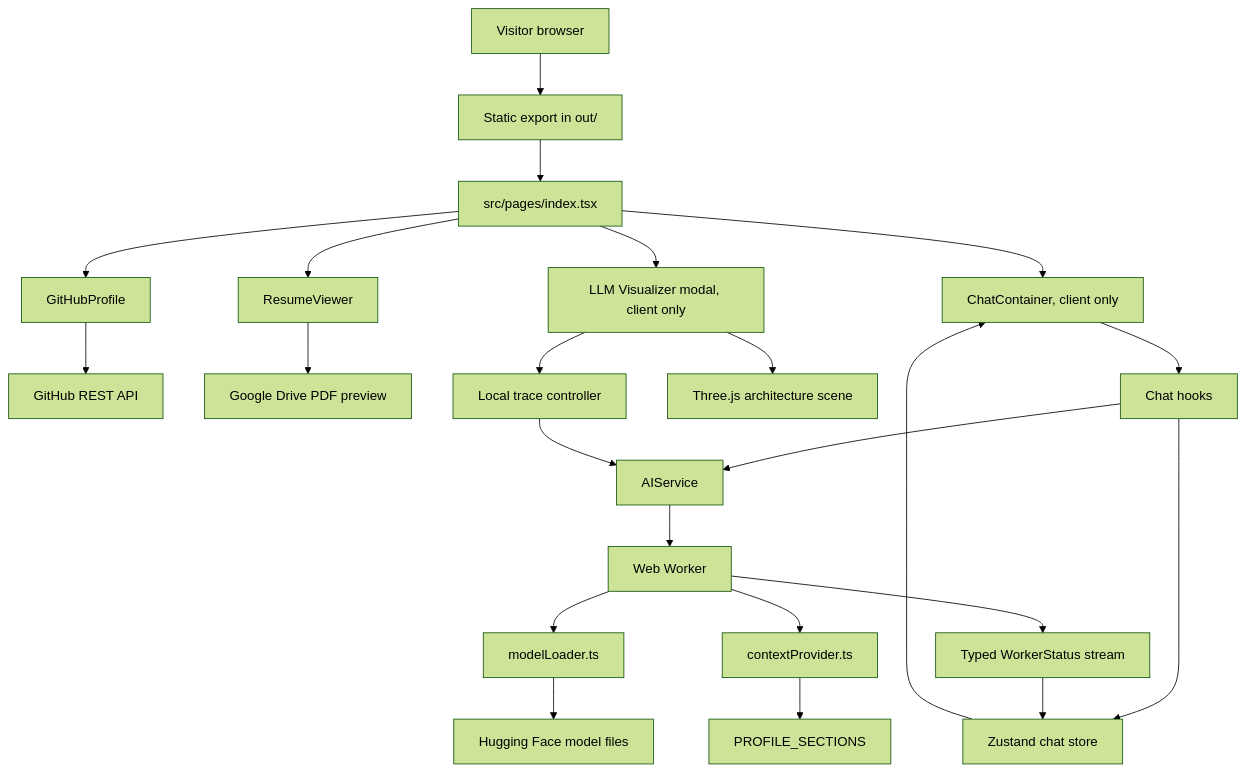
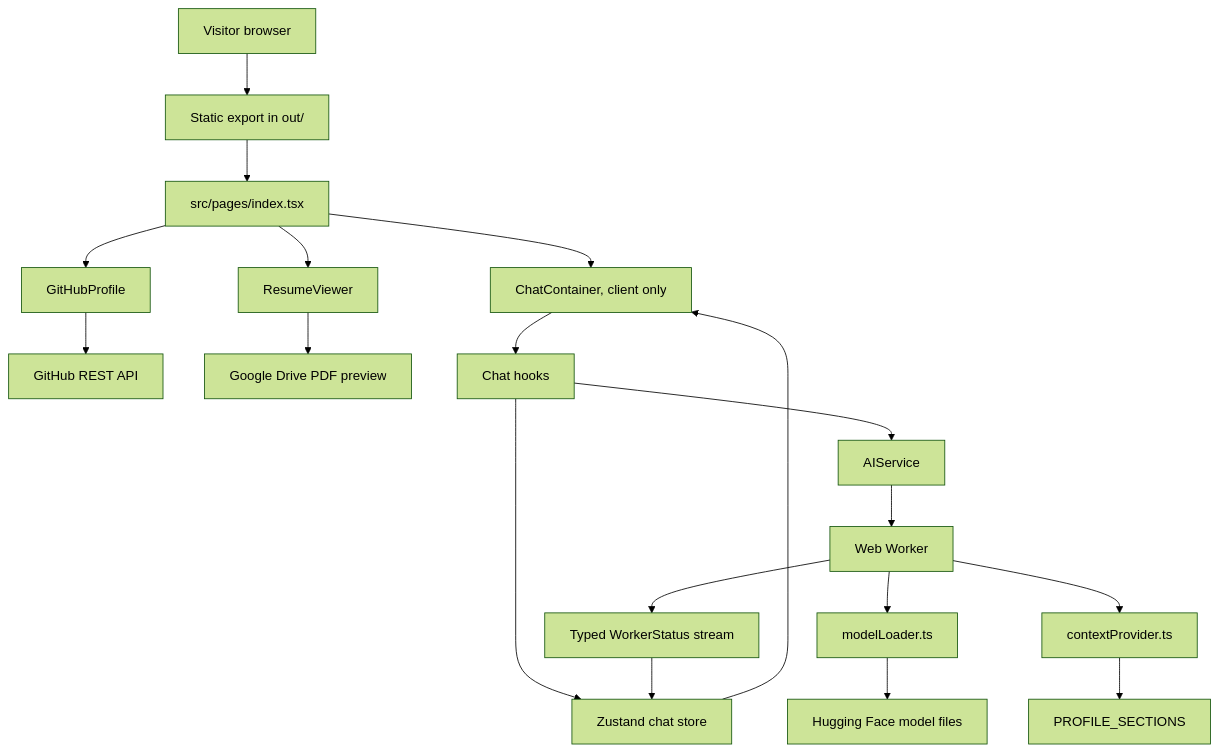
Before and after one commit to justinthelaw/justinthelaw: the first of 4 diagrams in docs/DIAGRAMS.md, drawn with Mermaid (forest theme). The commit also changed other lines of this file and 36 other files, not shown here.

````diff
--- a/docs/DIAGRAMS.md
+++ b/docs/DIAGRAMS.md
@@ -24,25 +23,21 @@
 ```mermaid
 flowchart TD
   visitor["Visitor browser"] --> staticSite["Static export in out/"]
   staticSite --> page["src/pages/index.tsx"]
   page --> profile["GitHubProfile"]
   profile --> github["GitHub REST API"]
   page --> resume["ResumeViewer"]
   resume --> drive["Google Drive PDF preview"]
   page --> chat["ChatContainer, client only"]
-  page --> visualizer["LLM Visualizer modal, client only"]
   chat --> chatHooks["Chat hooks"]
   chatHooks --> chatStore["Zustand chat store"]
   chatHooks --> aiService["AIService"]
-  visualizer --> three["Three.js architecture scene"]
-  visualizer --> trace["Local trace controller"]
-  trace --> aiService
   aiService --> worker["Web Worker"]
   worker --> loader["modelLoader.ts"]
   loader --> hf["Hugging Face model files"]
   worker --> context["contextProvider.ts"]
   context --> profileSections["PROFILE_SECTIONS"]
   worker --> stream["Typed WorkerStatus stream"]
   stream --> chatStore
   chatStore --> chat
 ```
````
